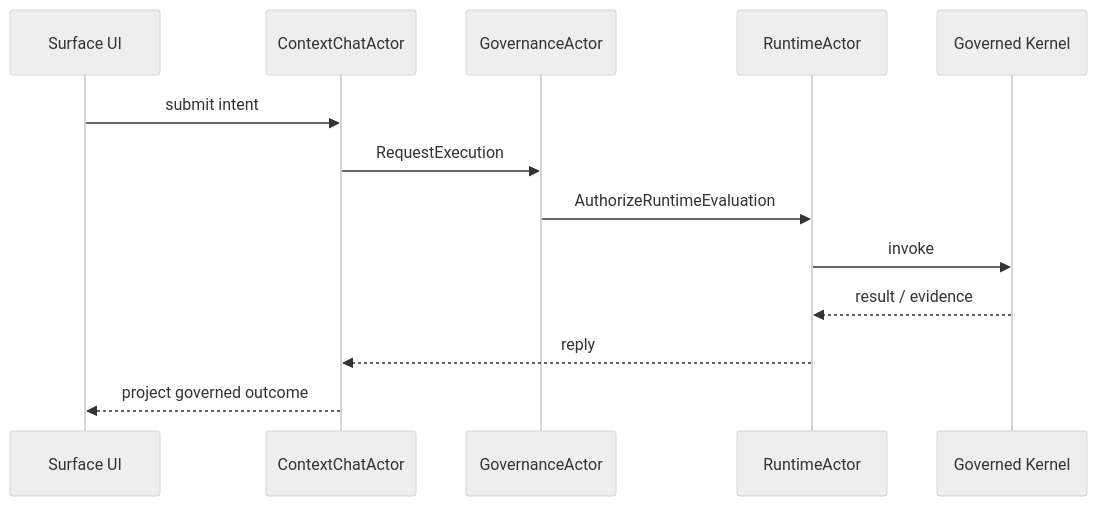
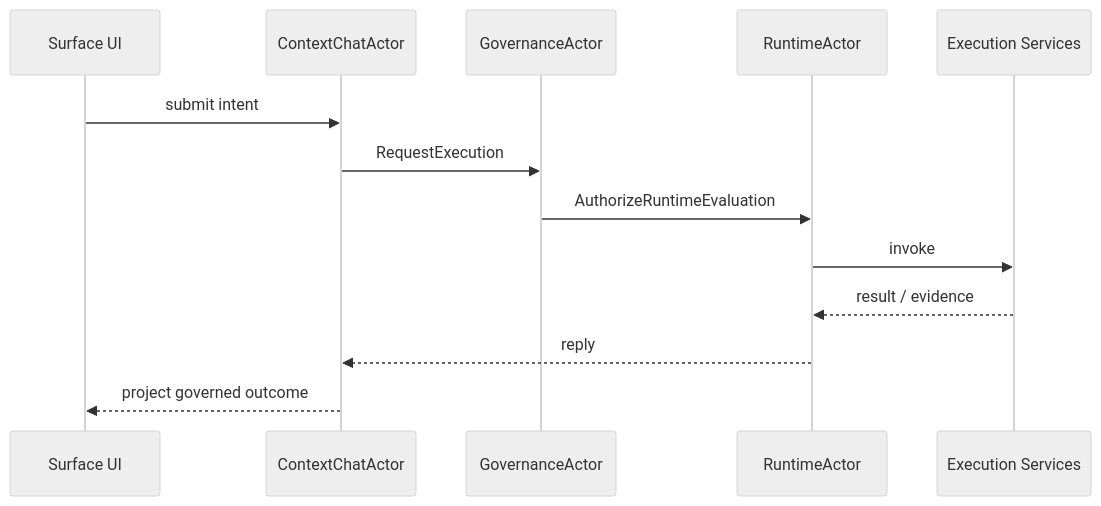
One commit to pauljbernard/sbcl-agent changed the third of 3 diagrams in docs/foundation.md. Above: the diagram before and after it, drawn with Mermaid (neutral theme). The commit also changed other lines of this file and 124 other files, not shown here.

Commit message:
Refactor runtime around actor concurrency core

````diff
--- a/docs/foundation.md
+++ b/docs/foundation.md
@@ -140,16 +140,16 @@
 ```mermaid
 sequenceDiagram
     participant UI as Surface UI
     participant Chat as ContextChatActor
     participant Gov as GovernanceActor
     participant Runtime as RuntimeActor
-    participant Kernel as Governed Kernel
+    participant Core as Execution Services
 
     UI->>Chat: submit intent
     Chat->>Gov: RequestExecution
     Gov->>Runtime: AuthorizeRuntimeEvaluation
-    Runtime->>Kernel: invoke
-    Kernel-->>Runtime: result / evidence
+    Runtime->>Core: invoke
+    Core-->>Runtime: result / evidence
     Runtime-->>Chat: reply
     Chat-->>UI: project governed outcome
 ```
````
